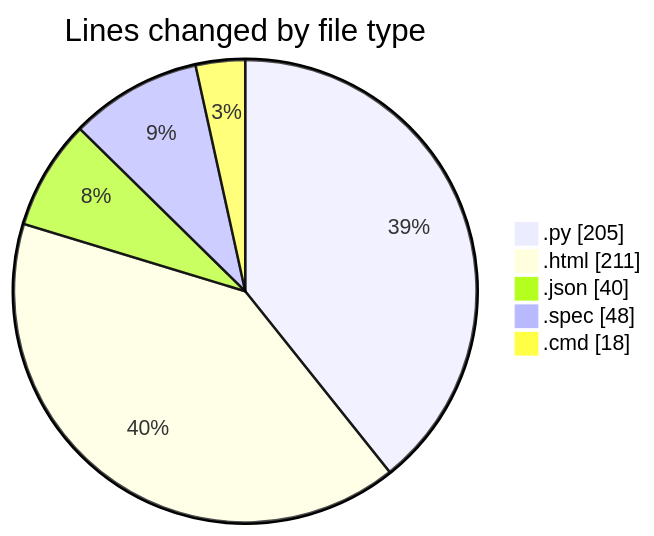
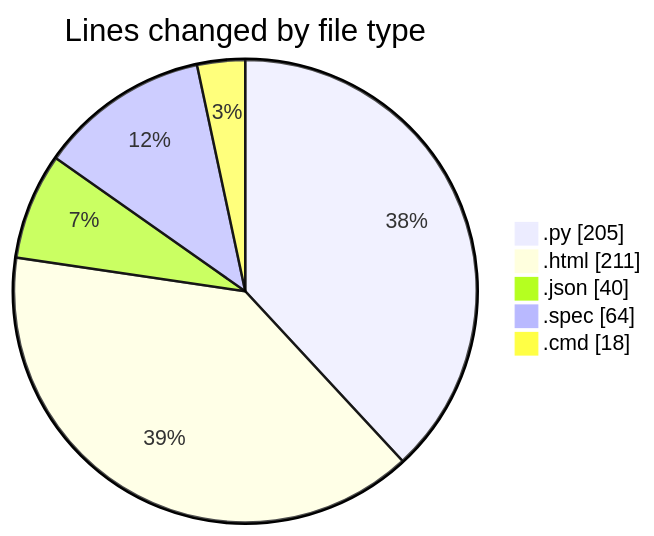
The first of 2 diagrams in 2025-07-12/cursor/README.md (FelipKnott/code-tracking), drawn with Mermaid before and after one commit. The commit also changed other lines of this file and 1 other file, not shown here.

````diff
--- a/2025-07-12/cursor/README.md
+++ b/2025-07-12/cursor/README.md
@@ -25,9 +25,9 @@
 ```mermaid
 pie showData
 title Lines changed by file type
 ".py" : 205
 ".html" : 211
 ".json" : 40
-".spec" : 48
+".spec" : 64
 ".cmd" : 18
 ```
````
